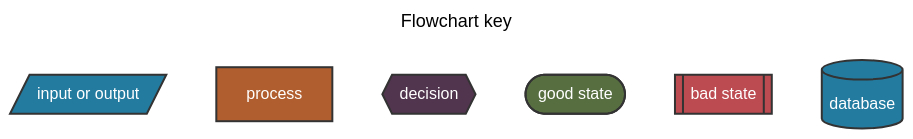
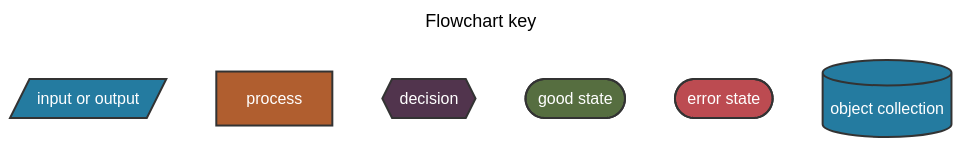
One commit to microsoft/azurelinux changed the first of 6 diagrams in toolkit/docs/how_it_works/0_intro.md. Above: the diagram before and after it, drawn with Mermaid (neutral theme). The commit also changed other lines of this file, not shown here.

````diff
--- a/toolkit/docs/how_it_works/0_intro.md
+++ b/toolkit/docs/how_it_works/0_intro.md
@@ -7,21 +9,21 @@
 ```mermaid
 ---
 title: Flowchart key
 ---
 flowchart TD
     %% style definitions
-    classDef database fill:#247BA0,stroke:#333,stroke-width:2px,color:#fff;
     classDef io fill:#247BA0,stroke:#333,stroke-width:2px,color:#fff;
     classDef process fill:#B05E2F,stroke:#333,stroke-width:2px,color:#fff;
     classDef decision fill:#51344D,stroke:#333,stroke-width:2px,color:#fff;
     classDef goodState fill:#566E40,stroke:#333,stroke-width:2px,color:#fff;
     classDef badState fill:#BC4B51,stroke:#333,stroke-width:2px,color:#fff;
+    classDef collection fill:#247BA0,stroke:#333,stroke-width:2px,color:#fff;
 
     %% node definitions
     input[/input or output/]:::io
     process[process]:::process
     decision{{decision}}:::decision
     goodstate([good state]):::goodState
-    badstate[[bad state]]:::badState
-    database[(database)]:::database
+    badstate(["error state"]):::badState
+    collection[(object collection)]:::collection
 ```
````
